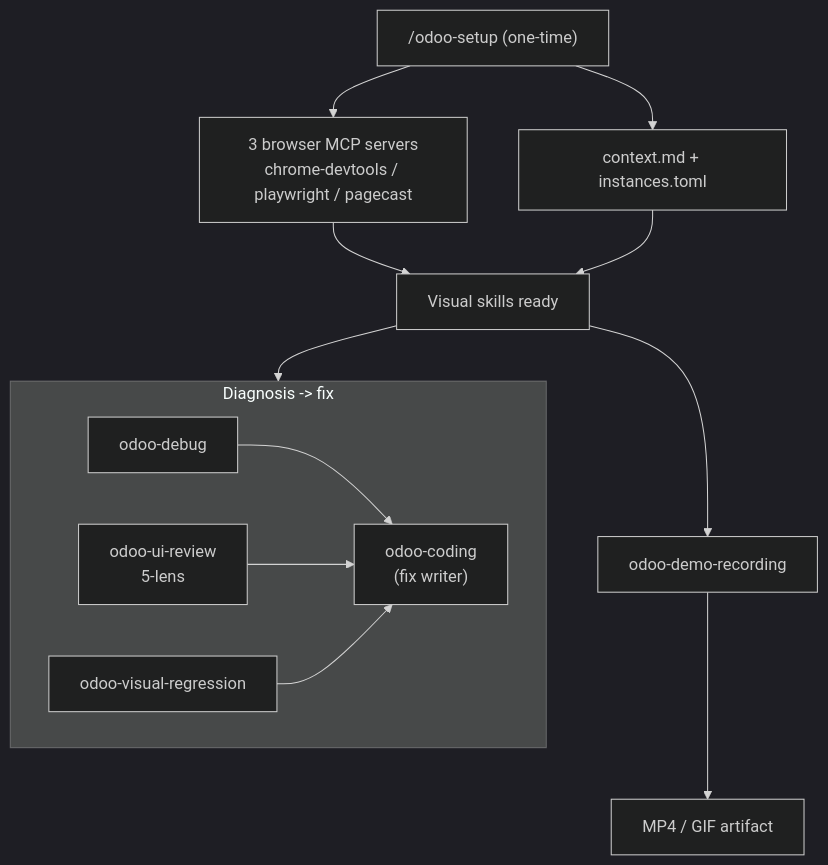
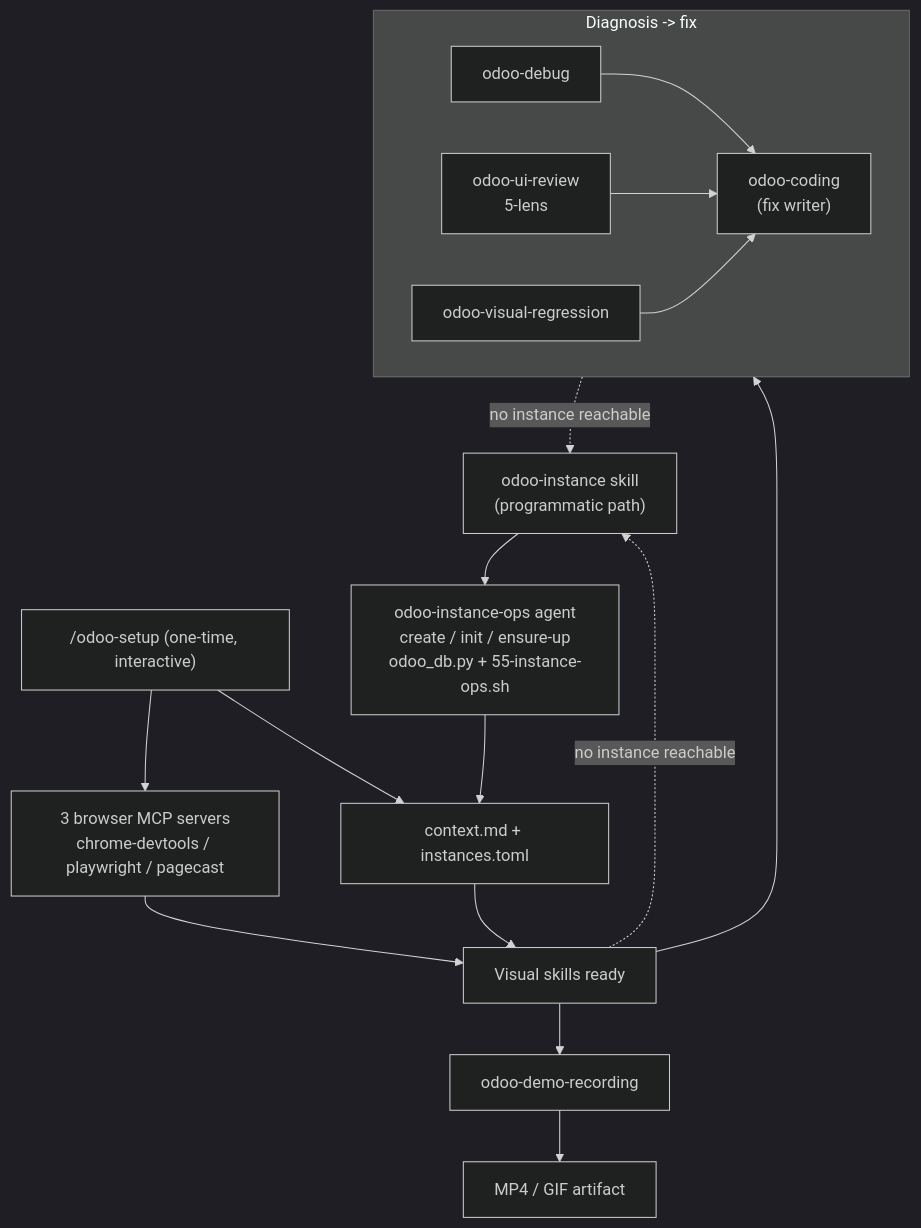
One commit to Viindoo/odoo-mcp-client changed the third of 4 diagrams in plugins/odoo-ai-agents/README.md. Above: the diagram before and after it, drawn with Mermaid (dark theme). The commit also changed other lines of this file and 40 other files, not shown here.

First line of the commit message:
feat(odoo-ai-agents): dedicated odoo-instance-ops agent + odoo-instance skill (instance lifecycle v8+, allocator B2) [v3.18.0] (#100)

````diff
--- a/plugins/odoo-ai-agents/README.md
+++ b/plugins/odoo-ai-agents/README.md
@@ -254,19 +256,26 @@
 ```mermaid
 flowchart TD
-    SETUP["/odoo-setup (one-time)"]
+    SETUP["/odoo-setup (one-time, interactive)"]
     SETUP --> MCPW["3 browser MCP servers<br/>chrome-devtools / playwright / pagecast"]
     SETUP --> CTX["context.md + instances.toml"]
+
+    INST["odoo-instance skill<br/>(programmatic path)"]
+    INST --> IOPS["odoo-instance-ops agent<br/>create / init / ensure-up<br/>odoo_db.py + 55-instance-ops.sh"]
+    IOPS --> CTX
 
     MCPW --> SK["Visual skills ready"]
     CTX --> SK
 
     subgraph FIX_SKILLS["Diagnosis -> fix"]
         UID["odoo-debug"] --> FC["odoo-coding<br/>(fix writer)"]
         UIR["odoo-ui-review<br/>5-lens"] --> FC
         VR["odoo-visual-regression"] --> FC
     end
 
     SK --> FIX_SKILLS
     SK --> DR["odoo-demo-recording"]
     DR --> MEDIA["MP4 / GIF artifact"]
+
+    FIX_SKILLS -. "no instance reachable" .-> INST
+    SK -. "no instance reachable" .-> INST
 ```
````
